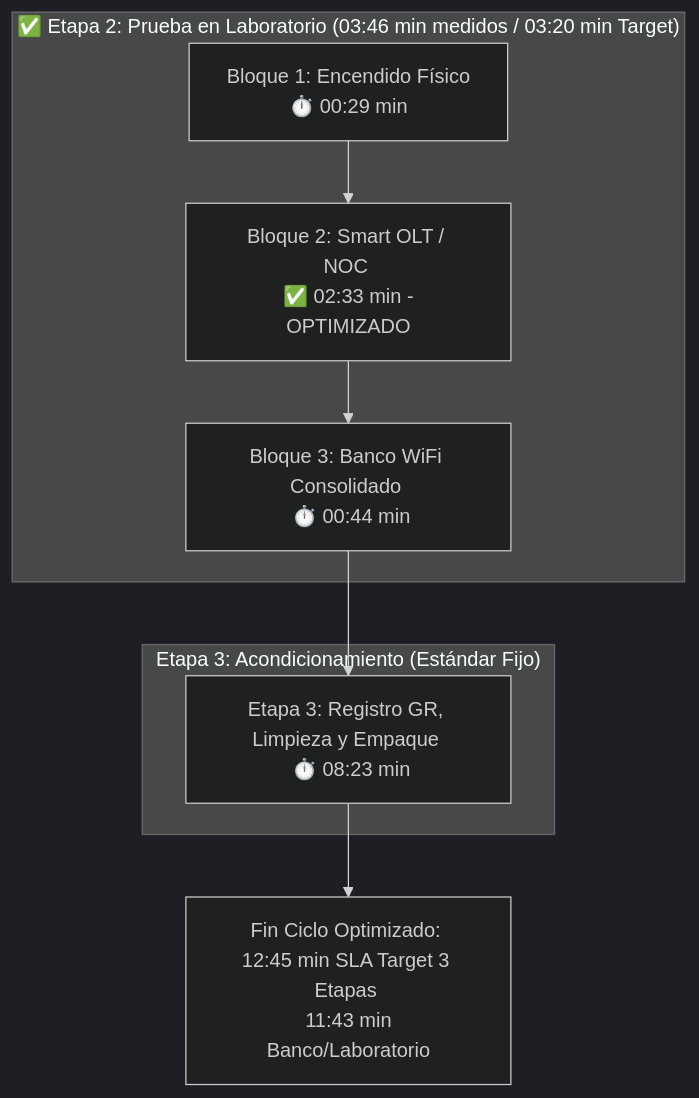
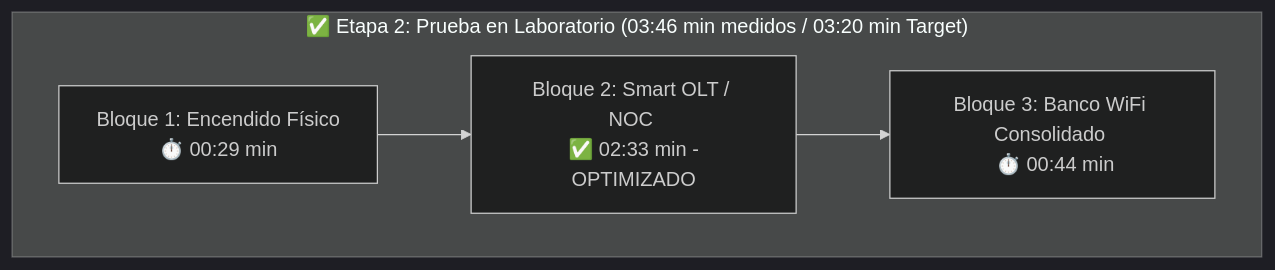
The second of 2 diagrams in docs/diagnosticos/DG-EQU-001.md (elingenierok/procedimientos-isp), drawn with Mermaid (dark theme) before and after one commit. The commit also changed other lines of this file, not shown here.

````diff
--- a/docs/diagnosticos/DG-EQU-001.md
+++ b/docs/diagnosticos/DG-EQU-001.md
@@ -57,13 +51,7 @@
 ```mermaid
 graph TD
     subgraph ETAPA_2 ["✅ Etapa 2: Prueba en Laboratorio (03:46 min medidos / 03:20 min Target)"]
         B1[Bloque 1: Encendido Físico <br/> ⏱️ 00:29 min] --> B2[Bloque 2: Smart OLT / NOC <br/> ✅ 02:33 min - OPTIMIZADO]
         B2 --> B3[Bloque 3: Banco WiFi Consolidado <br/> ⏱️ 00:44 min]
     end
-
-    subgraph ETAPA_3 ["Etapa 3: Acondicionamiento (Estándar Fijo)"]
-        B3 --> B4[Etapa 3: Registro GR, Limpieza y Empaque <br/> ⏱️ 08:23 min]
-    end
-
-    B4 --> B5[Fin Ciclo Optimizado: 12:45 min SLA Target 3 Etapas <br/> 11:43 min Banco/Laboratorio]
 ```
````
